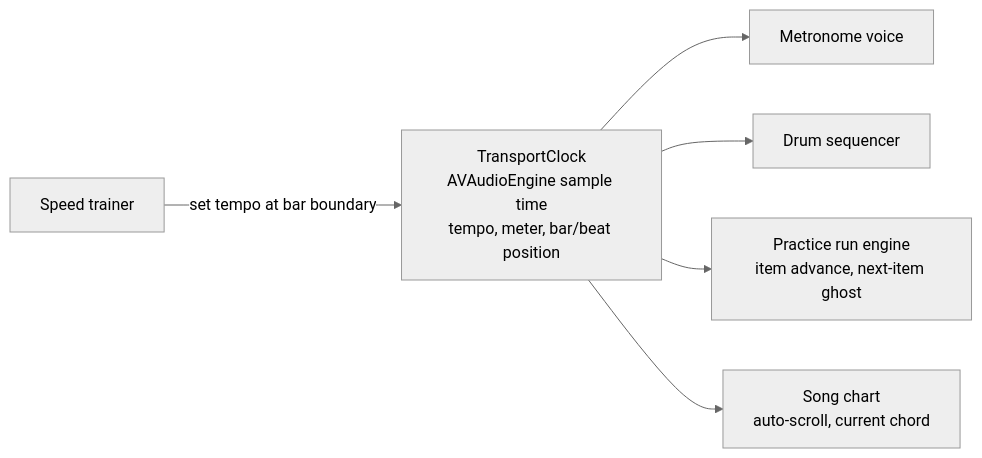
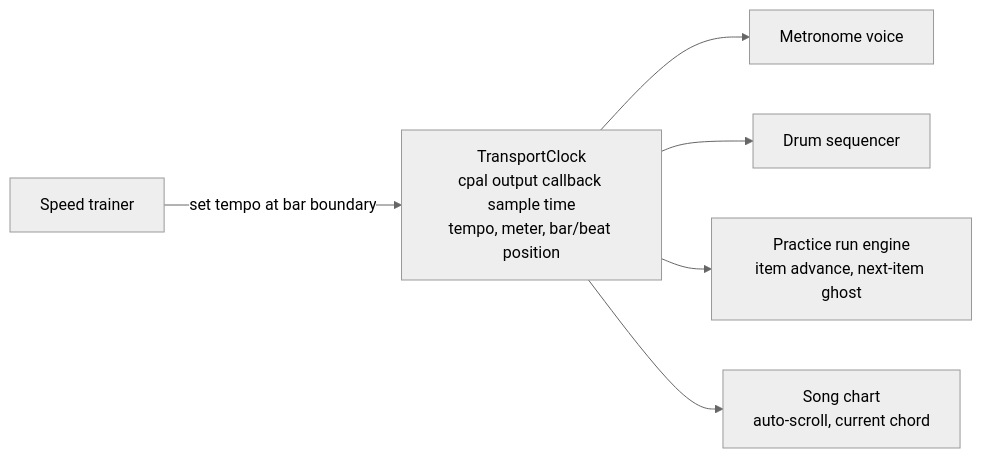
One commit to stainedhead/mackey-guitar-tutor changed the diagram in docs/rhythm.md. Above: the diagram before and after it, drawn with Mermaid (neutral theme). The commit also changed other lines of this file and 15 other files, not shown here.

````diff
--- a/docs/rhythm.md
+++ b/docs/rhythm.md
@@ -51,8 +51,8 @@
 ```mermaid
 flowchart LR
-    Clock[TransportClock<br/>AVAudioEngine sample time<br/>tempo, meter, bar/beat position] --> Click[Metronome voice]
+    Clock[TransportClock<br/>cpal output callback sample time<br/>tempo, meter, bar/beat position] --> Click[Metronome voice]
     Clock --> Drums[Drum sequencer]
     Clock --> Practice[Practice run engine<br/>item advance, next-item ghost]
     Clock --> Chart[Song chart<br/>auto-scroll, current chord]
     Trainer[Speed trainer] -->|set tempo at bar boundary| Clock
 ```
````
